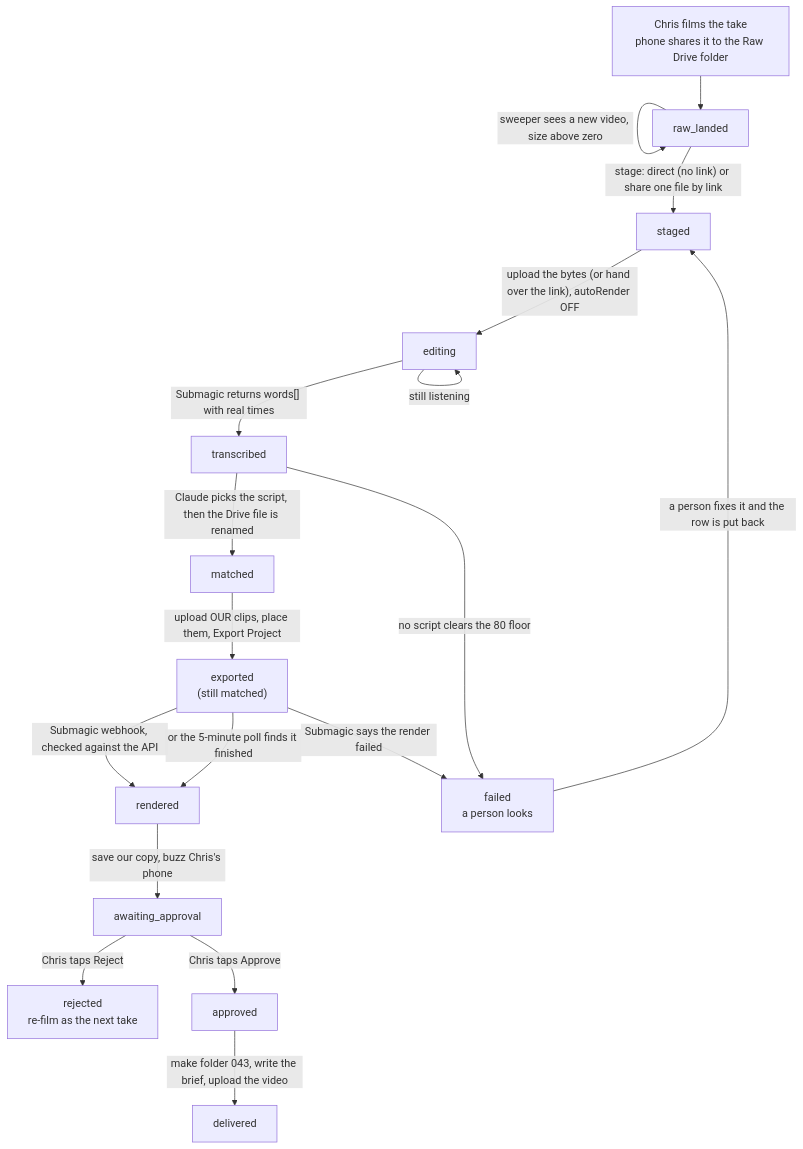
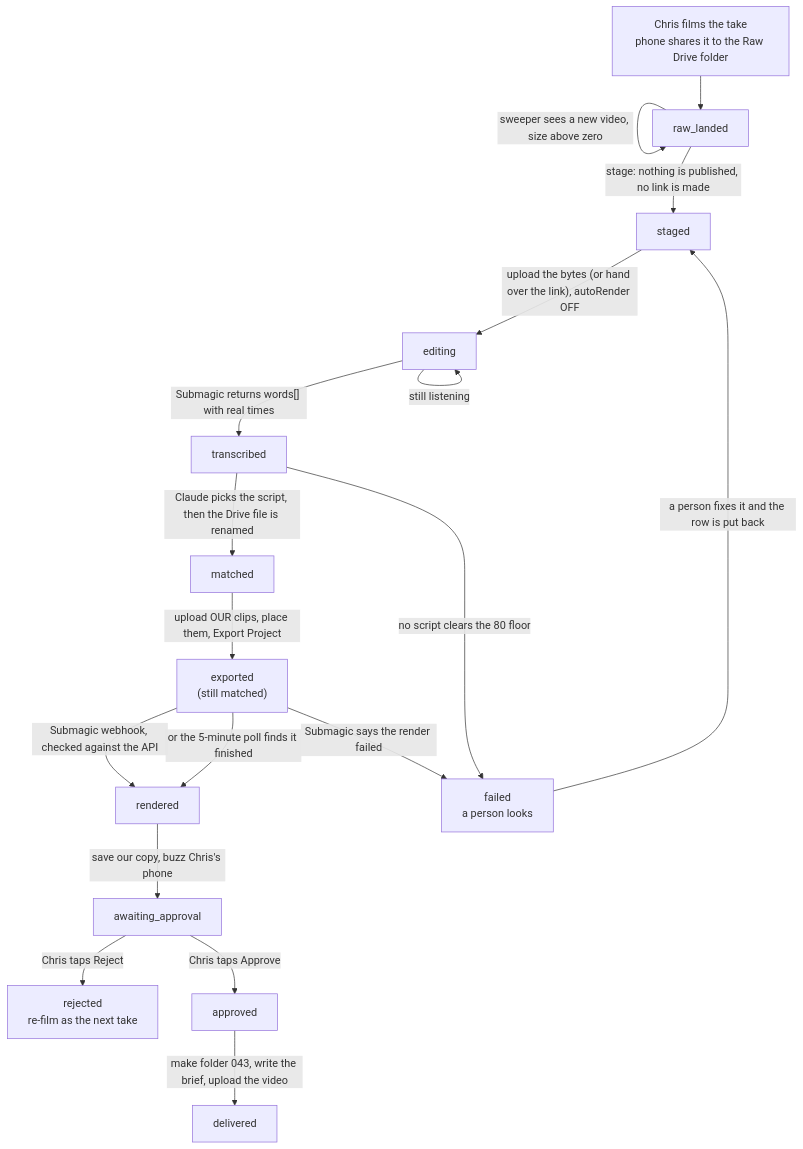
The diagram in docs/journeys/ad-video-flow.md (ZootimusMaximusSupreme/Fundhub_ai), drawn with Mermaid before and after one commit. The commit also changed other lines of this file and 15 other files, not shown here.

````diff
--- a/docs/journeys/ad-video-flow.md
+++ b/docs/journeys/ad-video-flow.md
@@ -22,20 +22,20 @@
 ```mermaid
 flowchart TD
     A["Chris films the take<br/>phone shares it to the Raw Drive folder"] --> B["raw_landed"]
     B -->|"sweeper sees a new video, size above zero"| B
-    B -->|"stage: direct (no link) or share one file by link"| C["staged"]
+    B -->|"stage: nothing is published, no link is made"| C["staged"]
     C -->|"upload the bytes (or hand over the link), autoRender OFF"| D["editing"]
     D -->|"Submagic returns words[] with real times"| E["transcribed"]
     D -->|"still listening"| D
     E -->|"Claude picks the script, then the Drive file is renamed"| F["matched"]
     E -->|"no script clears the 80 floor"| X["failed<br/>a person looks"]
     F -->|"upload OUR clips, place them, Export Project"| F2["exported<br/>(still matched)"]
     F2 -->|"Submagic webhook, checked against the API"| G["rendered"]
     F2 -->|"or the 5-minute poll finds it finished"| G
     F2 -->|"Submagic says the render failed"| X
     G -->|"save our copy, buzz Chris's phone"| H["awaiting_approval"]
     H -->|"Chris taps Reject"| R["rejected<br/>re-film as the next take"]
     H -->|"Chris taps Approve"| I["approved"]
     I -->|"make folder 043, write the brief, upload the video"| J["delivered"]
     X -->|"a person fixes it and the row is put back"| C
 ```
````
